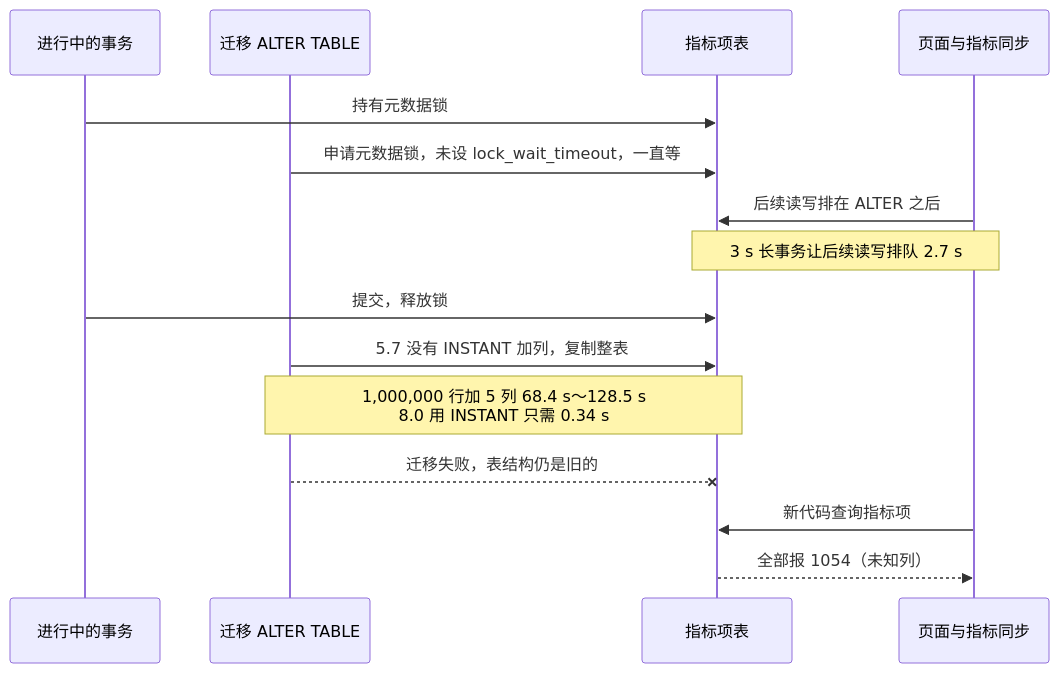
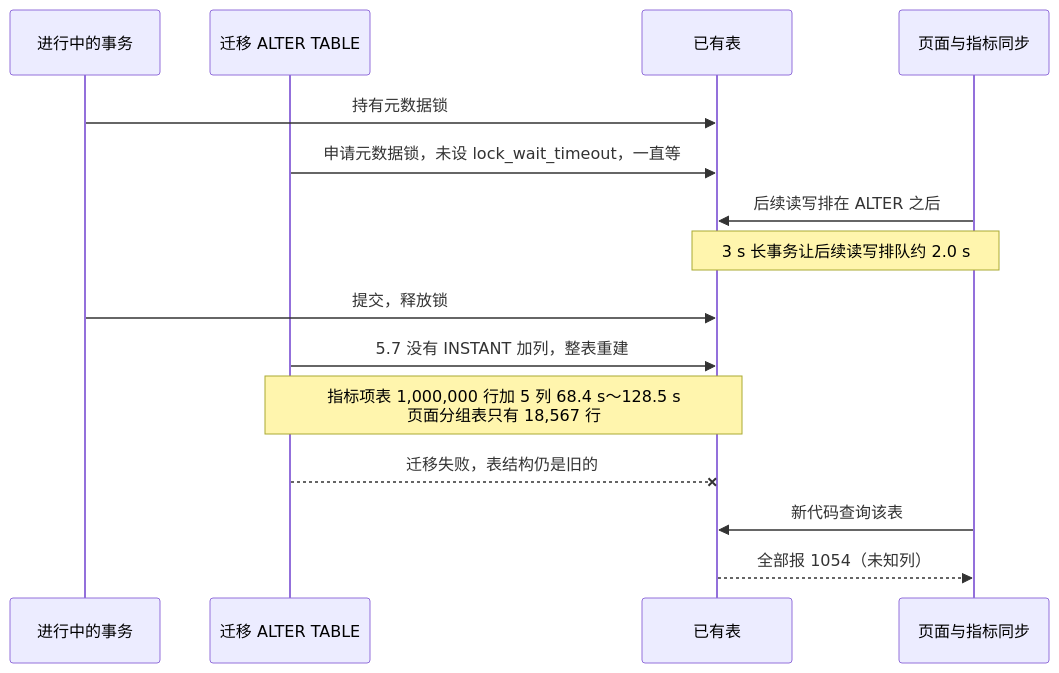
The sixth of 28 diagrams in knowledge/bkmonitor/issues/2026-09-15-custom-metric-metadata/PLAN.md (ZhuoZhuoCrayon/ai-workspace), drawn with Mermaid before and after one commit. The commit also changed other lines of this file and 12 other files, not shown here.

````diff
--- a/knowledge/bkmonitor/issues/2026-09-15-custom-metric-metadata/PLAN.md
+++ b/knowledge/bkmonitor/issues/2026-09-15-custom-metric-metadata/PLAN.md
@@ -221,17 +375,17 @@
 ```mermaid
 sequenceDiagram
     participant T as 进行中的事务
     participant A as 迁移 ALTER TABLE
-    participant M as 指标项表
+    participant M as 已有表
     participant R as 页面与指标同步
     T->>M: 持有元数据锁
     A->>M: 申请元数据锁，未设 lock_wait_timeout，一直等
     R->>M: 后续读写排在 ALTER 之后
-    Note over R,M: 3 s 长事务让后续读写排队 2.7 s
+    Note over R,M: 3 s 长事务让后续读写排队约 2.0 s
     T->>M: 提交，释放锁
-    A->>M: 5.7 没有 INSTANT 加列，复制整表
-    Note over A,M: 1,000,000 行加 5 列 68.4 s～128.5 s<br/>8.0 用 INSTANT 只需 0.34 s
+    A->>M: 5.7 没有 INSTANT 加列，整表重建
+    Note over A,M: 指标项表 1,000,000 行加 5 列 68.4 s～128.5 s<br/>页面分组表只有 18,567 行
     A--xM: 迁移失败，表结构仍是旧的
-    R->>M: 新代码查询指标项
+    R->>M: 新代码查询该表
     M-->>R: 全部报 1054（未知列）
 ```
````
